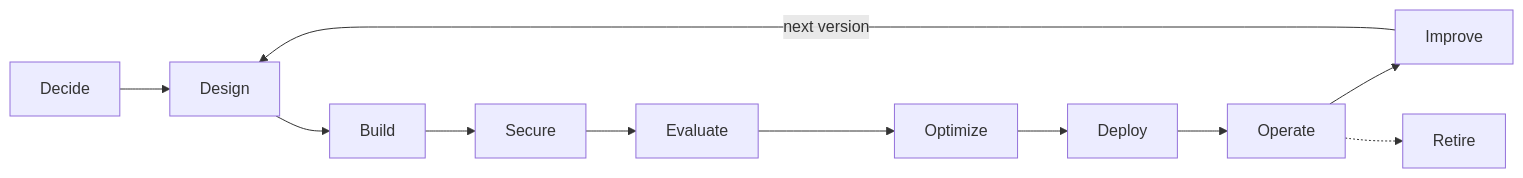
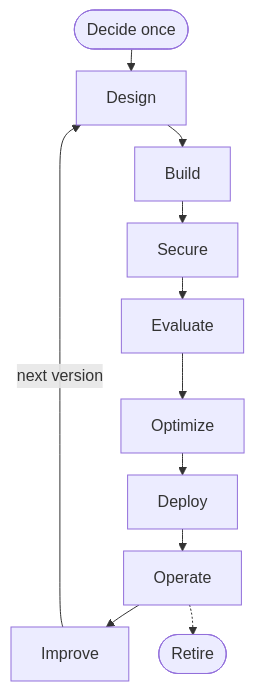
The diagram in course/md/01.md (sbittla/building-agentic-ai), drawn with Mermaid before and after one commit. The commit also changed other lines of this file and 17 other files, not shown here.

````diff
--- a/course/md/01.md
+++ b/course/md/01.md
@@ -270,6 +270,9 @@
 ```mermaid
-flowchart LR
-  Z[Decide] --> A[Design] --> B[Build] --> C[Secure] --> D[Evaluate] --> E[Optimize] --> F[Deploy] --> G[Operate] --> H[Improve]
+%%{init: {"flowchart": {"rankSpacing": 22, "nodeSpacing": 30}}}%%
+flowchart TB
+  Z([Decide once]) --> A
+  A[Design] --> B[Build] --> C[Secure] --> D[Evaluate]
+  D --> E[Optimize] --> F[Deploy] --> G[Operate] --> H[Improve]
   H -->|next version| A
-  G -.-> R[Retire]
+  G -.-> R([Retire])
 ```
````
